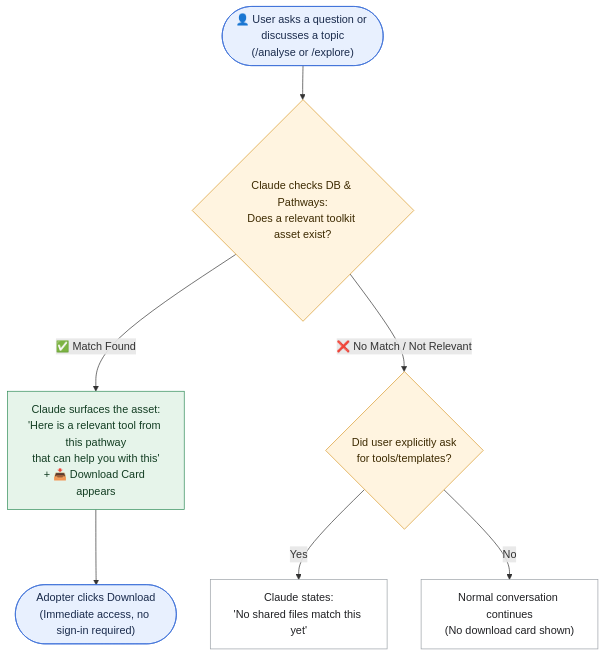
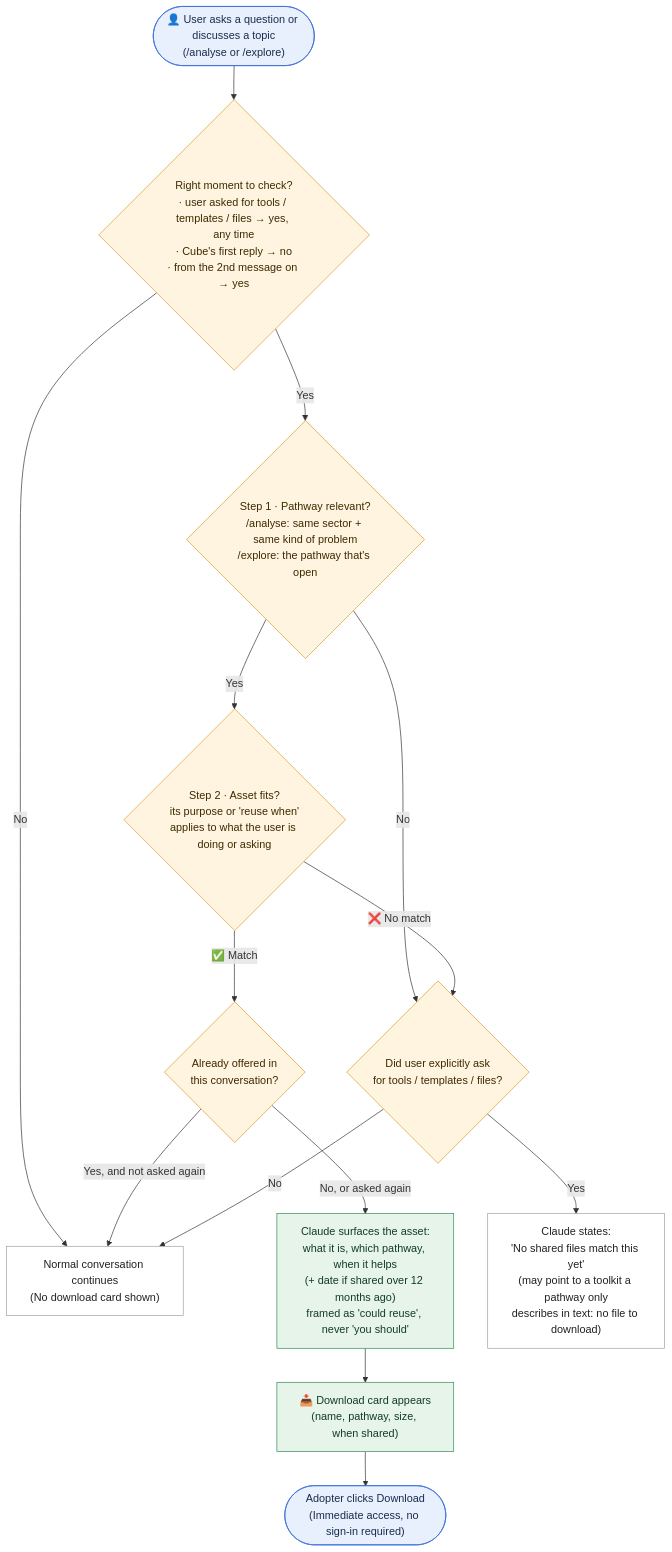
Before and after one commit to SwanandAI/diffusion-cube: the second of 3 diagrams in docs/tasks/toolkit-asset-files/requirement.md, drawn with Mermaid. The commit also changed other lines of this file and 21 other files, not shown here.

Commit message:
feat: add toolkit asset contribution, review, and publishing workflow

````diff
--- a/docs/tasks/toolkit-asset-files/requirement.md
+++ b/docs/tasks/toolkit-asset-files/requirement.md
@@ -120,25 +141,34 @@
 ```mermaid
 flowchart TD
-    A(["👤 User asks a question or discusses a topic<br/>(/analyse or /explore)"]) --> B{"Claude checks DB & Pathways:<br/>Does a relevant toolkit asset exist?"}
+    A(["👤 User asks a question or discusses a topic<br/>(/analyse or /explore)"]) --> T{"Right moment to check?<br/>· user asked for tools / templates / files → yes, any time<br/>· Cube's first reply → no<br/>· from the 2nd message on → yes"}
 
-    B -->|"✅ Match Found"| C["Claude surfaces the asset:<br/>'Here is a relevant tool from this pathway<br/>that can help you with this'<br/>+ 📥 Download Card appears"]
+    T -->|"No"| F
+    T -->|"Yes"| P{"Step 1 · Pathway relevant?<br/>/analyse: same sector + same kind of problem<br/>/explore: the pathway that's open"}
 
-    B -->|"❌ No Match / Not Relevant"| D{"Did user explicitly ask<br/>for tools/templates?"}
+    P -->|"No"| D
+    P -->|"Yes"| B{"Step 2 · Asset fits?<br/>its purpose or 'reuse when'<br/>applies to what the user is doing or asking"}
 
-    D -->|"Yes"| E["Claude states:<br/>'No shared files match this yet'"]
+    B -->|"✅ Match"| R{"Already offered in<br/>this conversation?"}
+    R -->|"Yes, and not asked again"| F
+    R -->|"No, or asked again"| C["Claude surfaces the asset:<br/>what it is, which pathway, when it helps<br/>(+ date if shared over 12 months ago)<br/>framed as 'could reuse', never 'you should'"]
+    C --> CARD["📥 Download card appears<br/>(name, pathway, size, when shared)"]
+
+    B -->|"❌ No match"| D{"Did user explicitly ask<br/>for tools / templates / files?"}
+
+    D -->|"Yes"| E["Claude states:<br/>'No shared files match this yet'<br/>(may point to a toolkit a pathway only<br/>describes in text: no file to download)"]
     D -->|"No"| F["Normal conversation continues<br/>(No download card shown)"]
 
-    C --> G(["Adopter clicks Download<br/>(Immediate access, no sign-in required)"])
+    CARD --> G(["Adopter clicks Download<br/>(Immediate access, no sign-in required)"])
 
     classDef start fill:#E8F0FE,stroke:#3B6FD8,color:#1A2B4C
     classDef check fill:#FFF4E0,stroke:#D99A2B,color:#3D2A00
     classDef card fill:#E6F4EA,stroke:#2E8B57,color:#123D22
     classDef text fill:#FFFFFF,stroke:#9AA0A6,color:#202124
     classDef done fill:#E8F0FE,stroke:#3B6FD8,color:#1A2B4C
 
     class A start
-    class B,D check
-    class C card
+    class T,P,B,R,D check
+    class C,CARD card
     class E,F text
     class G done
 ```
````
